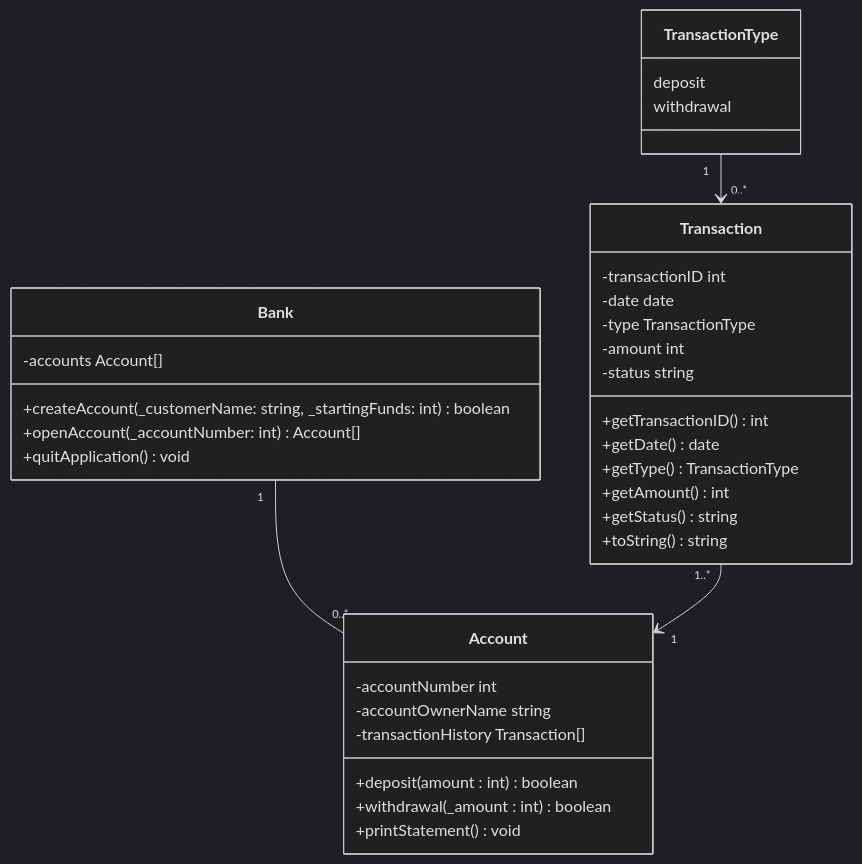
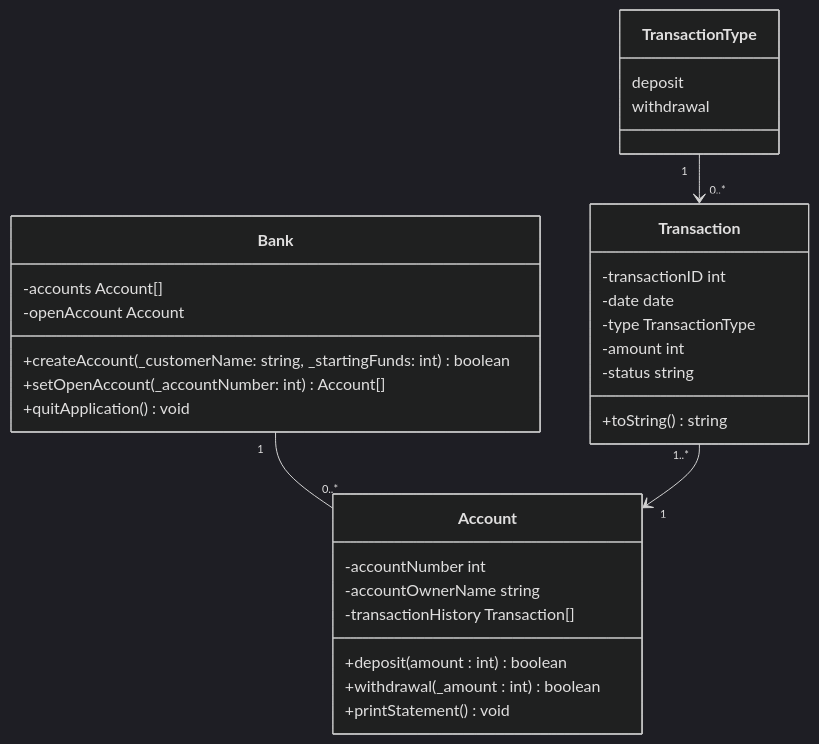
The third of 3 diagrams in README.md (scoot-digital/delphiBank), drawn with Mermaid (dark theme) before and after one commit. The commit also changed other lines of this file, not shown here.

Commit message:
Added "open account" interaction to logical flow, simplified classes and fixed unit tests - scoot.

````diff
--- a/README.md
+++ b/README.md
@@ -271,38 +293,34 @@
 ```mermaid
 classDiagram
     class Bank{
         -accounts Account[]
+        -openAccount Account
         +createAccount(_customerName: string, _startingFunds: int) boolean
-        +openAccount(_accountNumber: int) Account[]
+        +setOpenAccount(_accountNumber: int) Account[]
         +quitApplication() void        
     } 
     class Account{
         -accountNumber int
         -accountOwnerName string
         -transactionHistory Transaction[]
         +deposit(amount : int) boolean
         +withdrawal(_amount : int) boolean
         +printStatement() void
     }
     class Transaction{
         -transactionID int
         -date date
         -type TransactionType
         -amount int
-        -status string
-        +getTransactionID() int
-        +getDate() date
-        +getType() TransactionType
-        +getAmount() int
-        +getStatus() string
+        -status string   
         +toString() string
     }
     class TransactionType {
         deposit
         withdrawal
     }
   
     Bank "1" -- "0..*" Account  
     Transaction "1..*" --> "1" Account
     TransactionType "1" --> "0..*" Transaction
 ```
````
